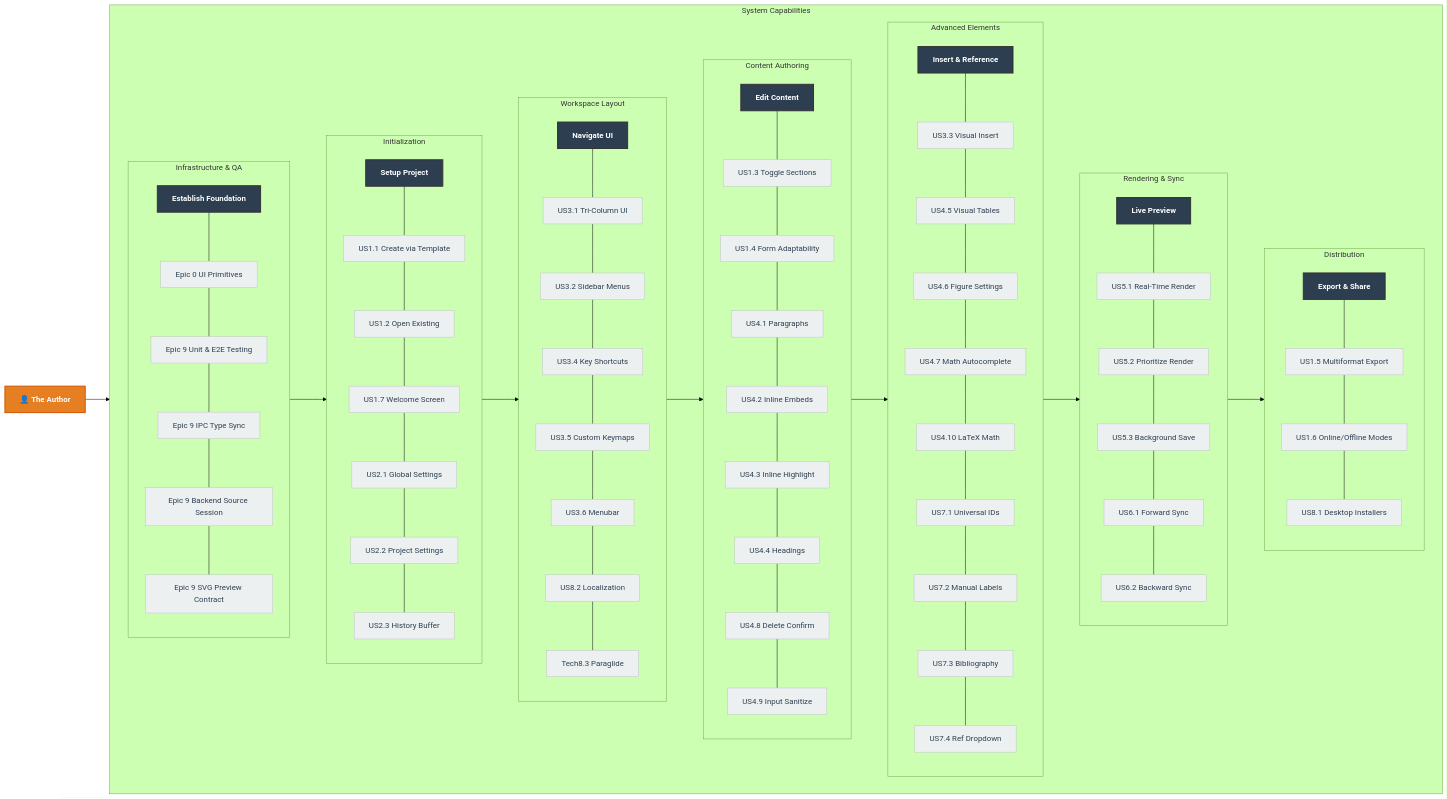
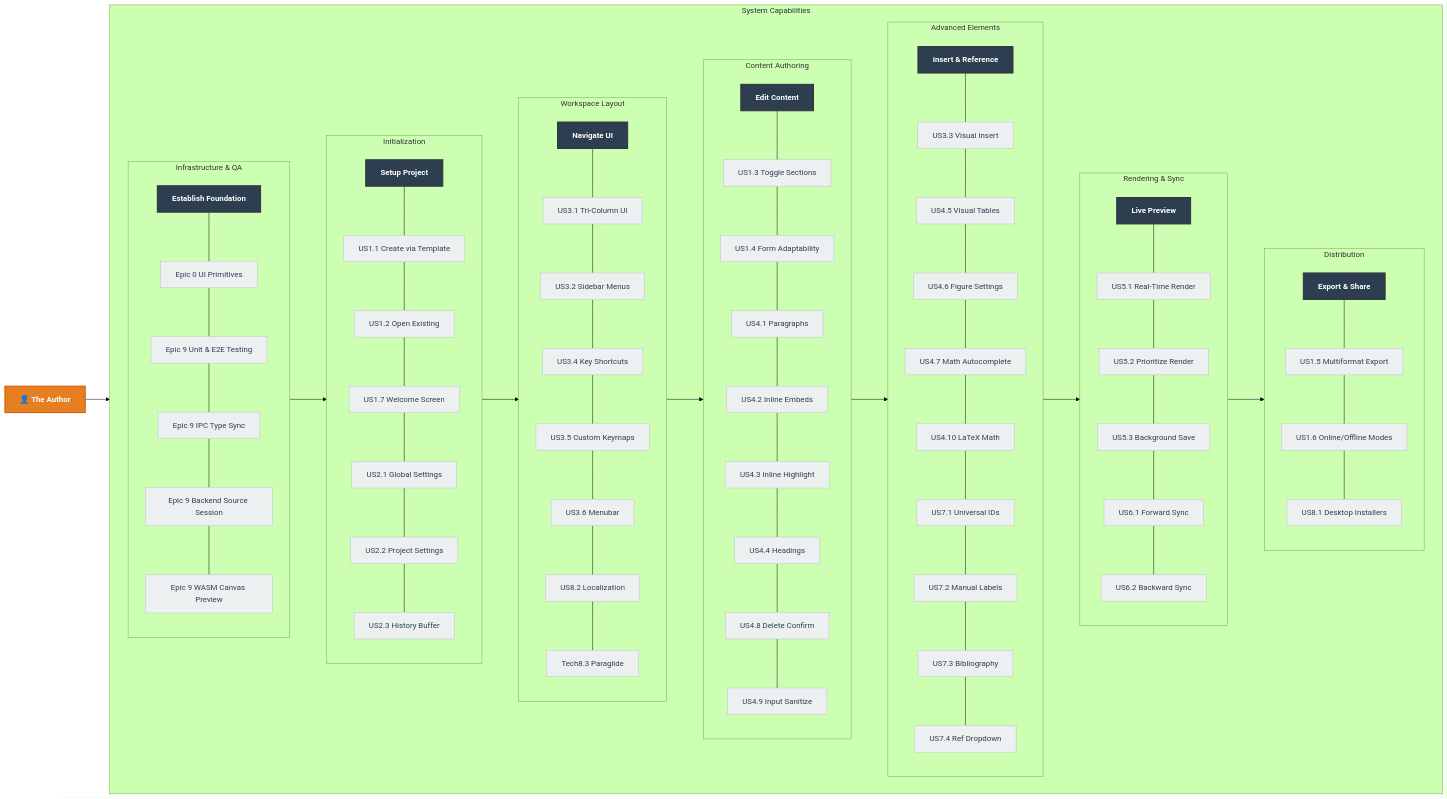
The diagram in context/user-story-map.md (andmoreduro/ergo), drawn with Mermaid (forest theme) before and after one commit. The commit also changed 13 other files, not shown here.

```diff
--- a/context/user-story-map.md
+++ b/context/user-story-map.md
@@ -42,7 +42,7 @@
             E9_1[Epic 9 Unit & E2E Testing]:::story
             E9_2[Epic 9 IPC Type Sync]:::story
             E9_5[Epic 9 Backend Source Session]:::story
-            E9_6[Epic 9 SVG Preview Contract]:::story
+            E9_6[Epic 9 WASM Canvas Preview]:::story
             J0 --- E0_1 --- E9_1 --- E9_2 --- E9_5 --- E9_6
         end
 
```
